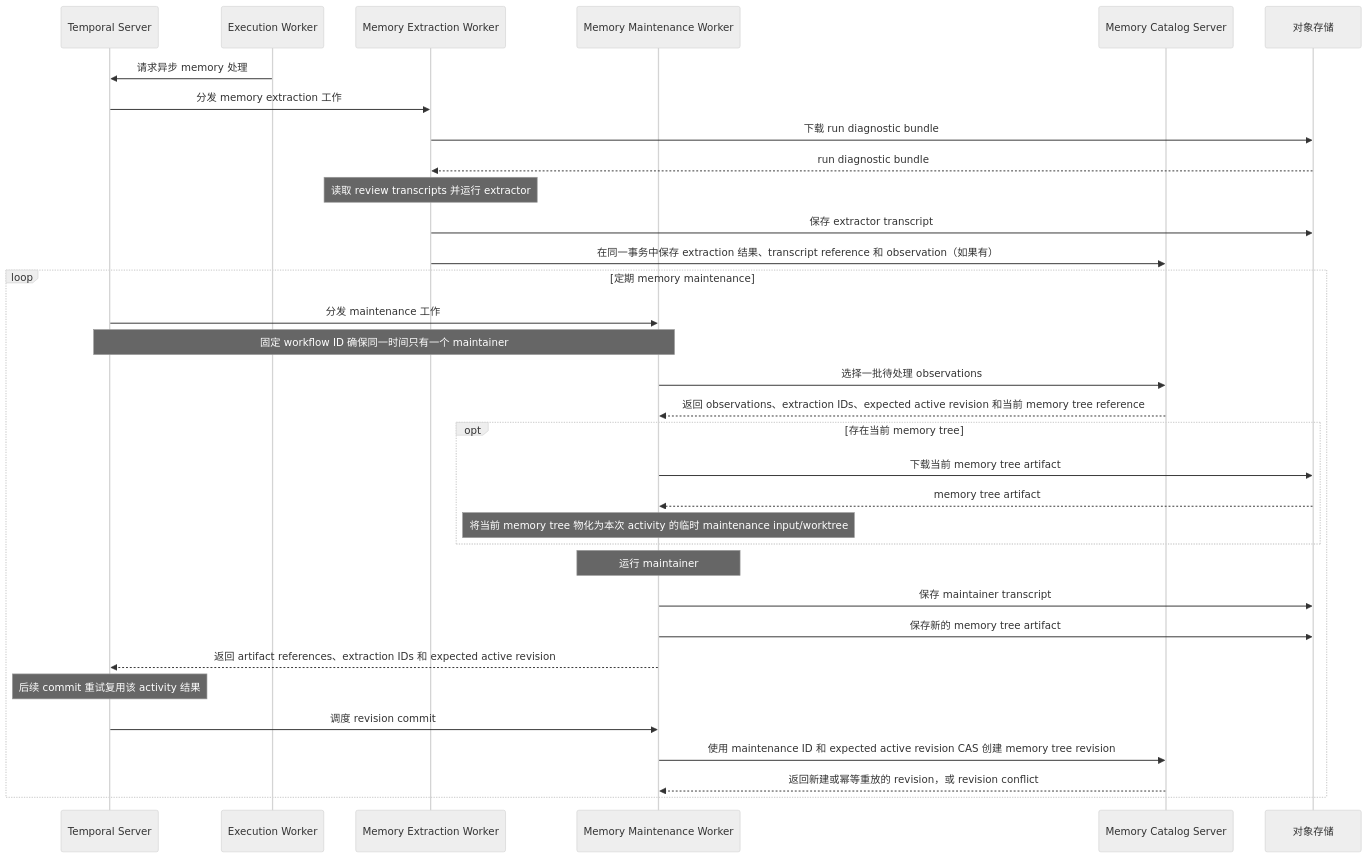
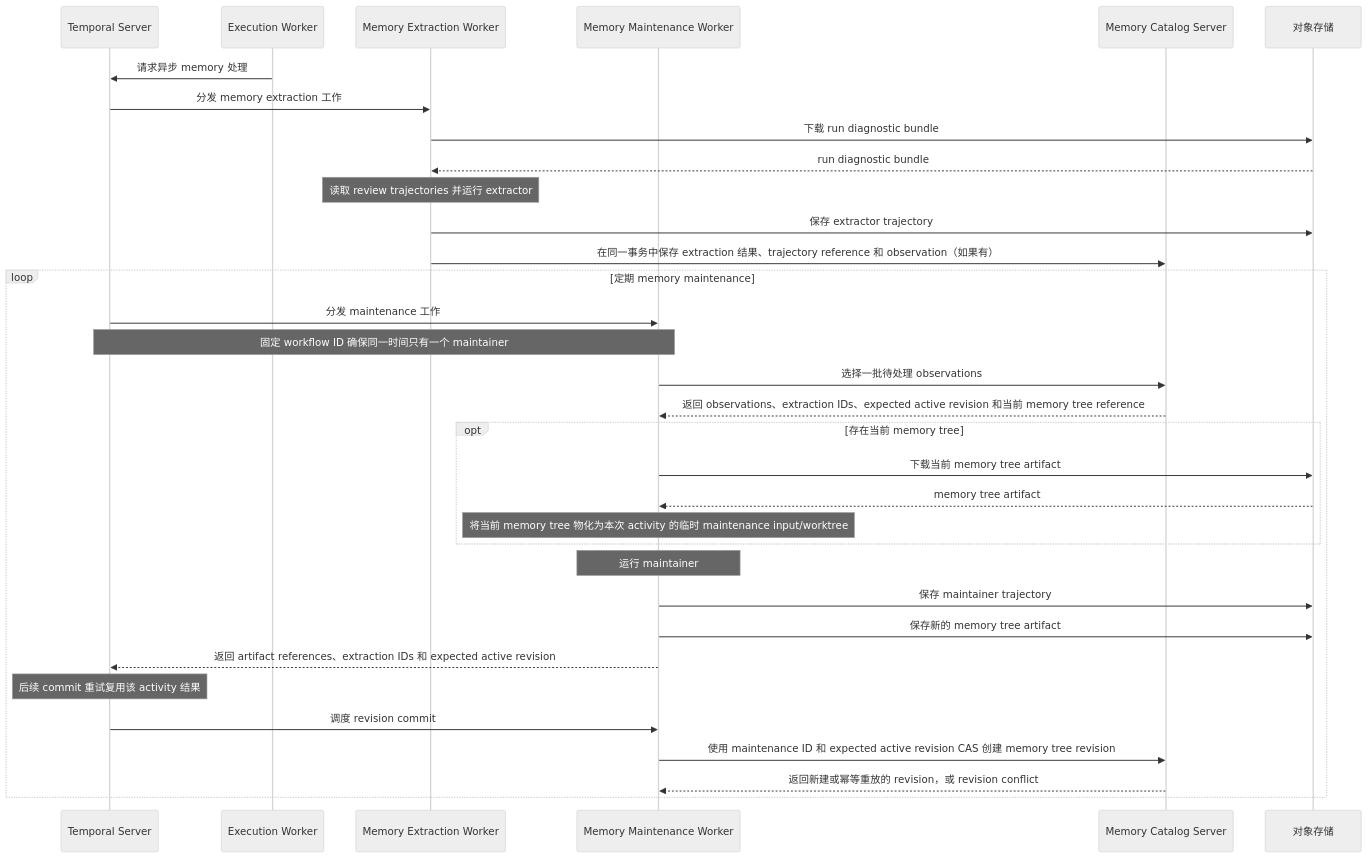
One commit to Agent-AI-Chalmers/sec-review-bot changed the third of 3 diagrams in docs/architecture/SYSTEM_ARCHITECTURE.zh.md. Above: the diagram before and after it, drawn with Mermaid (neutral theme). The commit also changed other lines of this file and 183 other files, not shown here.

Commit message:
refactor!: rename agent transcripts to trajectories (#191)

````diff
--- a/docs/architecture/SYSTEM_ARCHITECTURE.zh.md
+++ b/docs/architecture/SYSTEM_ARCHITECTURE.zh.md
@@ -91,36 +91,36 @@
 ```mermaid
 sequenceDiagram
   participant Temporal as Temporal Server
   participant ExecutionWorker as Execution Worker
   participant ExtractionWorker as Memory Extraction Worker
   participant MaintenanceWorker as Memory Maintenance Worker
   participant Catalog as Memory Catalog Server
   participant Storage as 对象存储
 
   ExecutionWorker->>Temporal: 请求异步 memory 处理
   Temporal->>ExtractionWorker: 分发 memory extraction 工作
   ExtractionWorker->>Storage: 下载 run diagnostic bundle
   Storage-->>ExtractionWorker: run diagnostic bundle
-  Note over ExtractionWorker: 读取 review transcripts 并运行 extractor
-  ExtractionWorker->>Storage: 保存 extractor transcript
-  ExtractionWorker->>Catalog: 在同一事务中保存 extraction 结果、transcript reference 和 observation（如果有）
+  Note over ExtractionWorker: 读取 review trajectories 并运行 extractor
+  ExtractionWorker->>Storage: 保存 extractor trajectory
+  ExtractionWorker->>Catalog: 在同一事务中保存 extraction 结果、trajectory reference 和 observation（如果有）
   loop 定期 memory maintenance
     Temporal->>MaintenanceWorker: 分发 maintenance 工作
     Note over Temporal,MaintenanceWorker: 固定 workflow ID 确保同一时间只有一个 maintainer
     MaintenanceWorker->>Catalog: 选择一批待处理 observations
     Catalog-->>MaintenanceWorker: 返回 observations、extraction IDs、expected active revision 和当前 memory tree reference
     opt 存在当前 memory tree
       MaintenanceWorker->>Storage: 下载当前 memory tree artifact
       Storage-->>MaintenanceWorker: memory tree artifact
       Note over MaintenanceWorker: 将当前 memory tree 物化为本次 activity 的临时 maintenance input/worktree
     end
     Note over MaintenanceWorker: 运行 maintainer
-    MaintenanceWorker->>Storage: 保存 maintainer transcript
+    MaintenanceWorker->>Storage: 保存 maintainer trajectory
     MaintenanceWorker->>Storage: 保存新的 memory tree artifact
     MaintenanceWorker-->>Temporal: 返回 artifact references、extraction IDs 和 expected active revision
     Note over Temporal: 后续 commit 重试复用该 activity 结果
     Temporal->>MaintenanceWorker: 调度 revision commit
     MaintenanceWorker->>Catalog: 使用 maintenance ID 和 expected active revision CAS 创建 memory tree revision
     Catalog-->>MaintenanceWorker: 返回新建或幂等重放的 revision，或 revision conflict
   end
 ```
````
